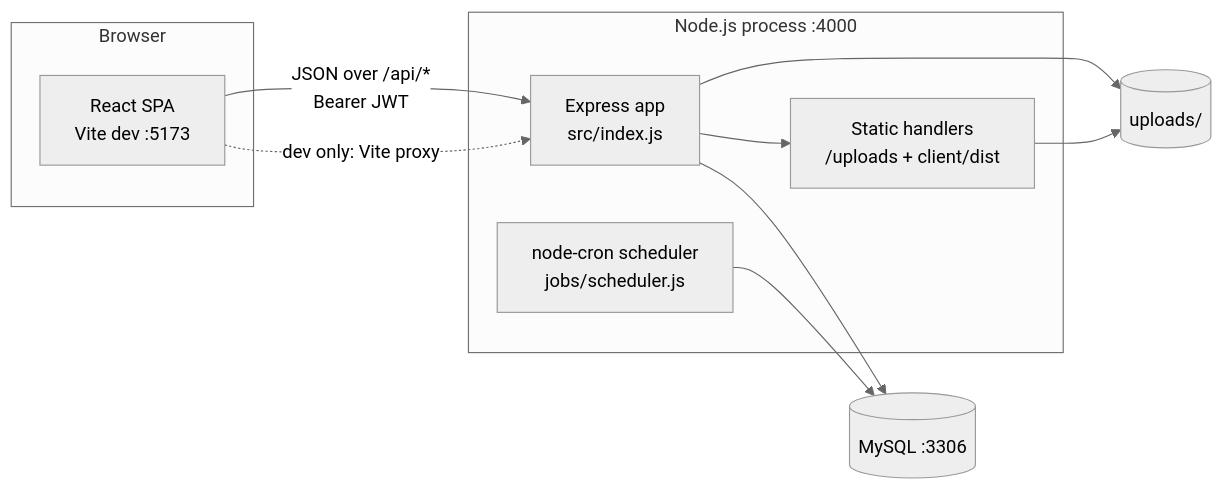
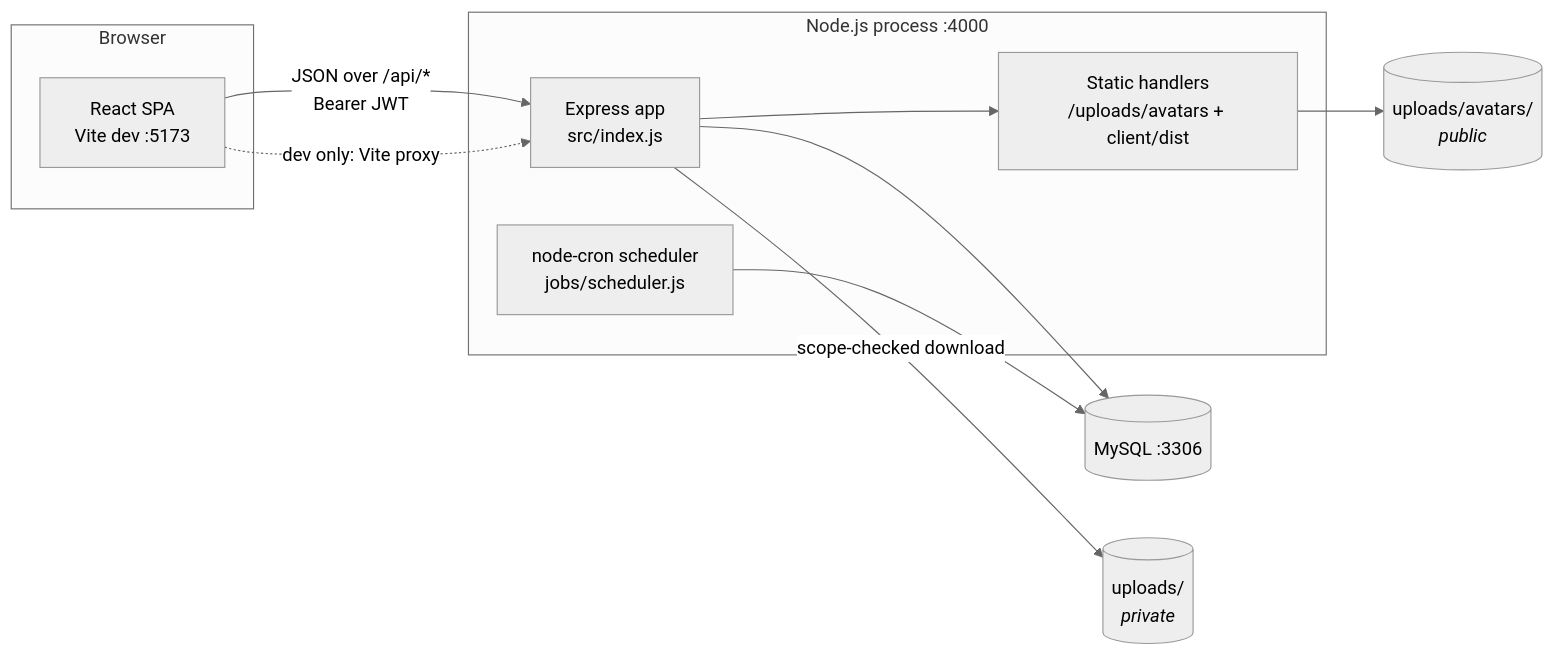
The second of 14 diagrams in docs/ARCHITECTURE.md (makmot256/TASK-MANAGEMENT-SYSTEM), drawn with Mermaid (neutral theme) before and after one commit. The commit also changed other lines of this file and 48 other files, not shown here.

````diff
--- a/docs/ARCHITECTURE.md
+++ b/docs/ARCHITECTURE.md
@@ -46,23 +48,24 @@
 ```mermaid
 graph LR
     subgraph browser["Browser"]
         spa["React SPA<br/>Vite dev :5173"]
     end
 
     subgraph node["Node.js process :4000"]
         api["Express app<br/>src/index.js"]
         cron["node-cron scheduler<br/>jobs/scheduler.js"]
-        static["Static handlers<br/>/uploads + client/dist"]
+        static["Static handlers<br/>/uploads/avatars + client/dist"]
     end
 
     db[("MySQL :3306")]
-    disk[("uploads/")]
+    disk[("uploads/<br/><i>private</i>")]
+    avatars[("uploads/avatars/<br/><i>public</i>")]
 
     spa -- "JSON over /api/*<br/>Bearer JWT" --> api
     spa -. "dev only: Vite proxy" .-> api
     api --> db
     cron --> db
-    api --> disk
-    static --> disk
+    api -- "scope-checked download" --> disk
+    static --> avatars
     api --> static
 ```
````
